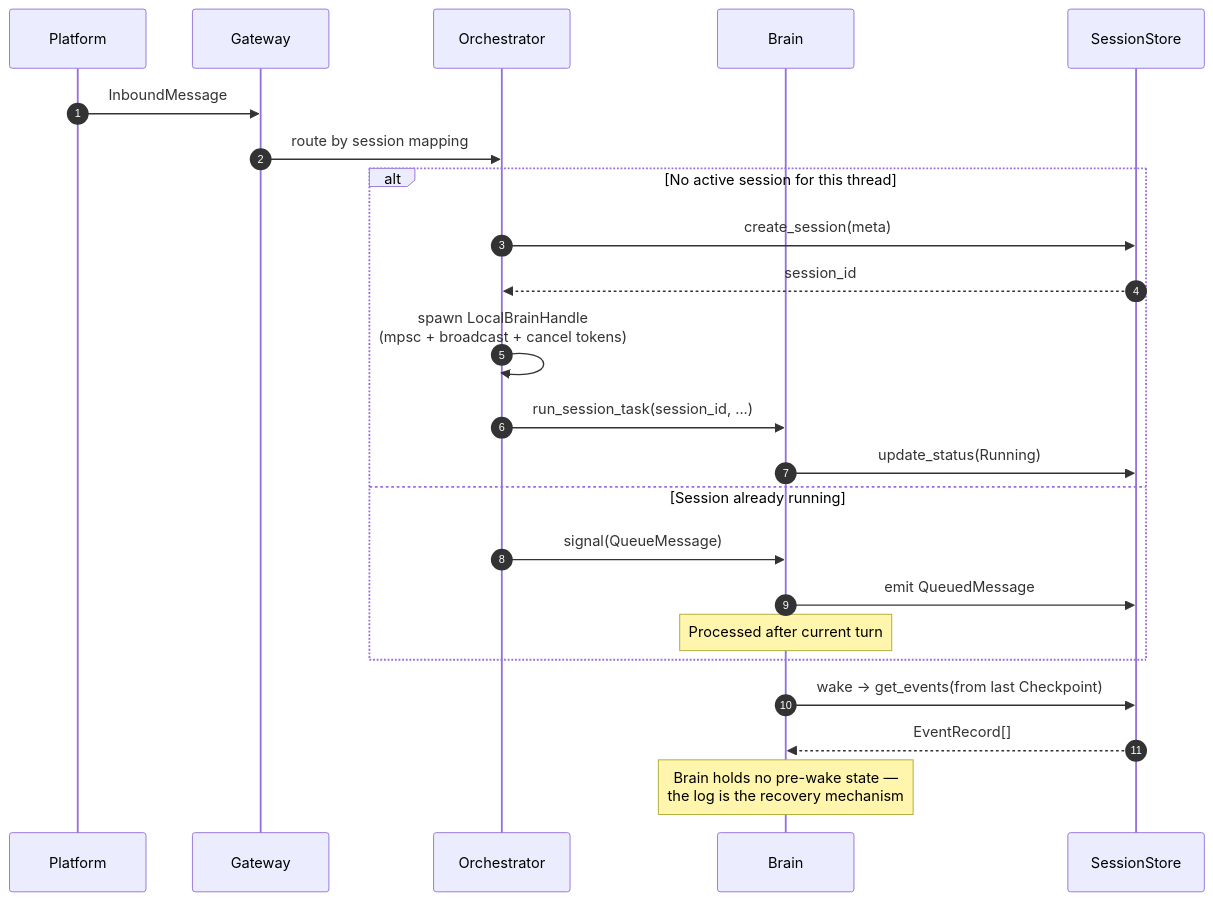
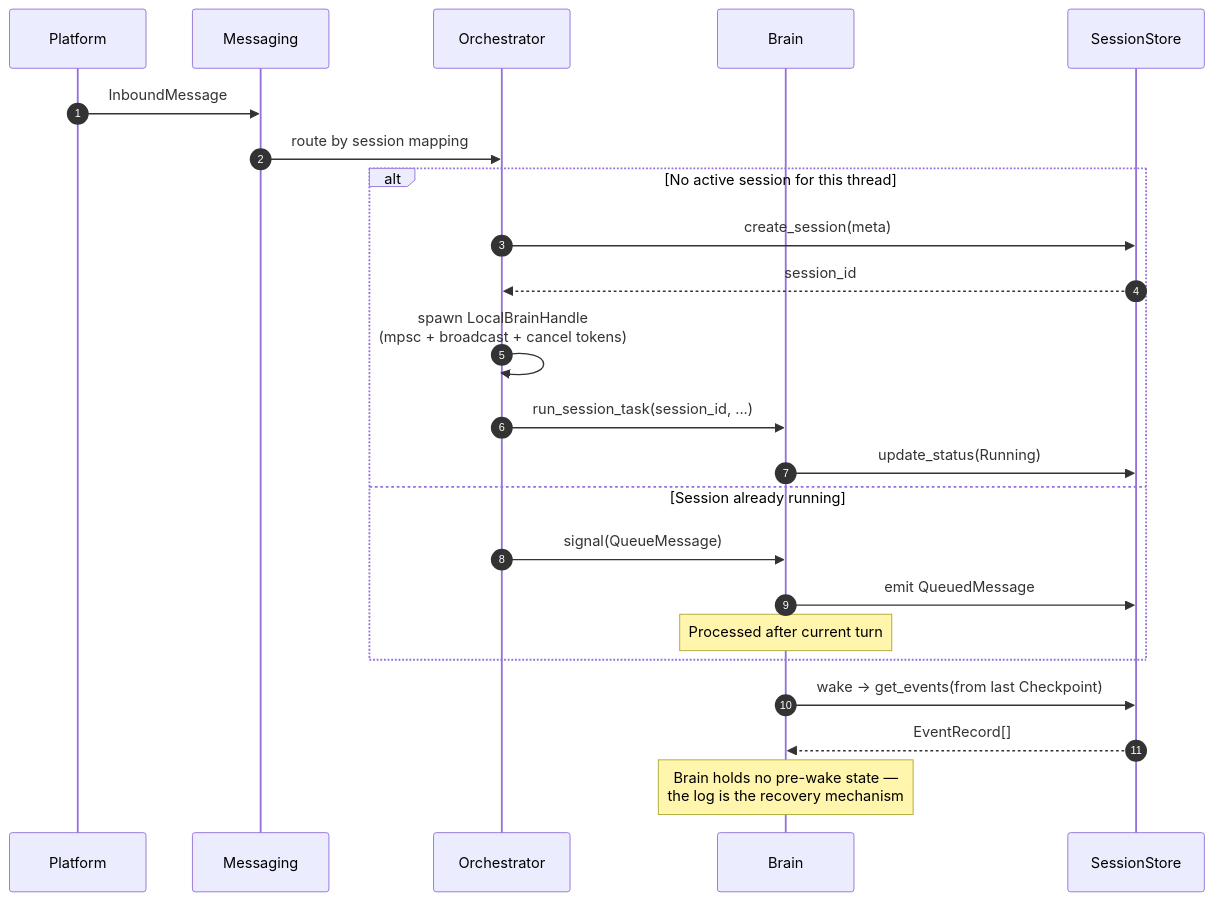
The second of 14 diagrams in sequence-diagrams.md (hwuiwon/moa), drawn with Mermaid before and after one commit. The commit also changed other lines of this file and 69 other files, not shown here.

````diff
--- a/sequence-diagrams.md
+++ b/sequence-diagrams.md
@@ -105,28 +105,28 @@
 ```mermaid
 sequenceDiagram
     autonumber
     participant Platform
-    participant Gateway
+    participant Messaging
     participant Orch as Orchestrator
     participant Brain
     participant Log as SessionStore
 
-    Platform->>Gateway: InboundMessage
-    Gateway->>Orch: route by session mapping
+    Platform->>Messaging: InboundMessage
+    Messaging->>Orch: route by session mapping
 
     alt No active session for this thread
         Orch->>Log: create_session(meta)
         Log-->>Orch: session_id
         Orch->>Orch: spawn LocalBrainHandle<br/>(mpsc + broadcast + cancel tokens)
         Orch->>Brain: run_session_task(session_id, ...)
         Brain->>Log: update_status(Running)
     else Session already running
         Orch->>Brain: signal(QueueMessage)
         Brain->>Log: emit QueuedMessage
         Note over Brain: Processed after current turn
     end
 
     Brain->>Log: wake → get_events(from last Checkpoint)
     Log-->>Brain: EventRecord[]
     Note over Brain: Brain holds no pre-wake state —<br/>the log is the recovery mechanism
 ```
````
